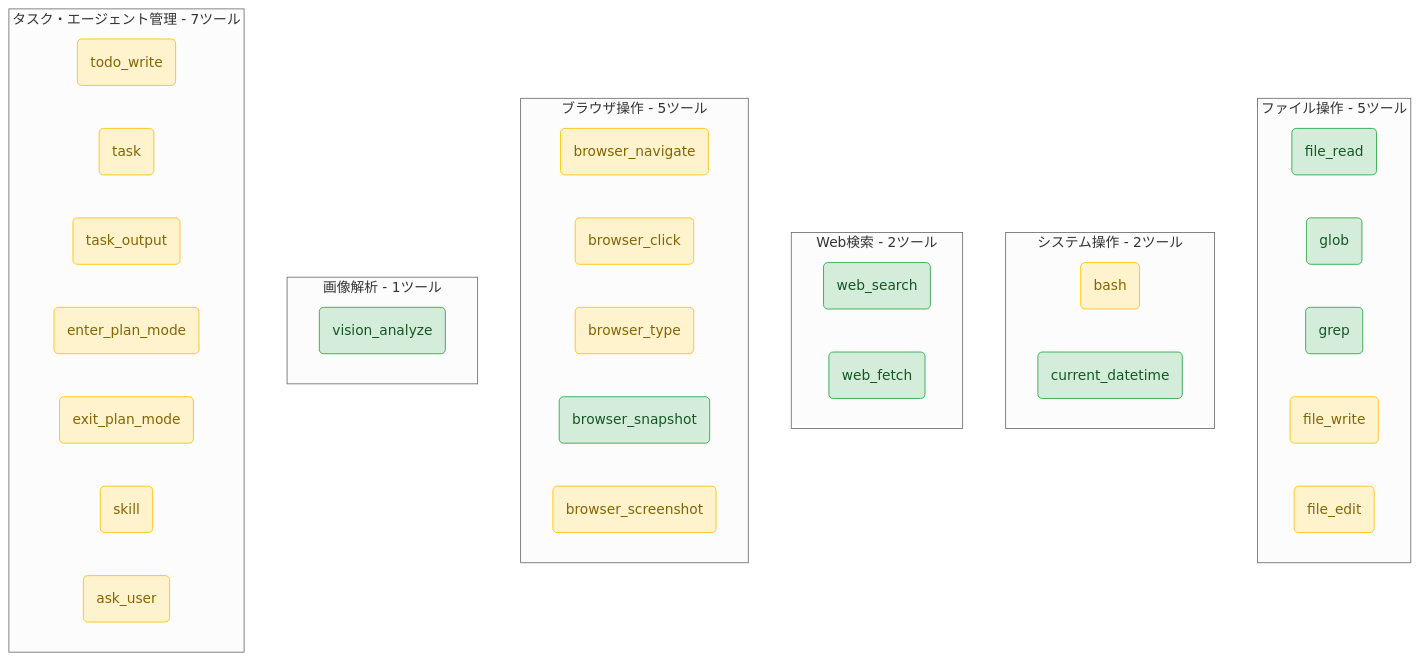
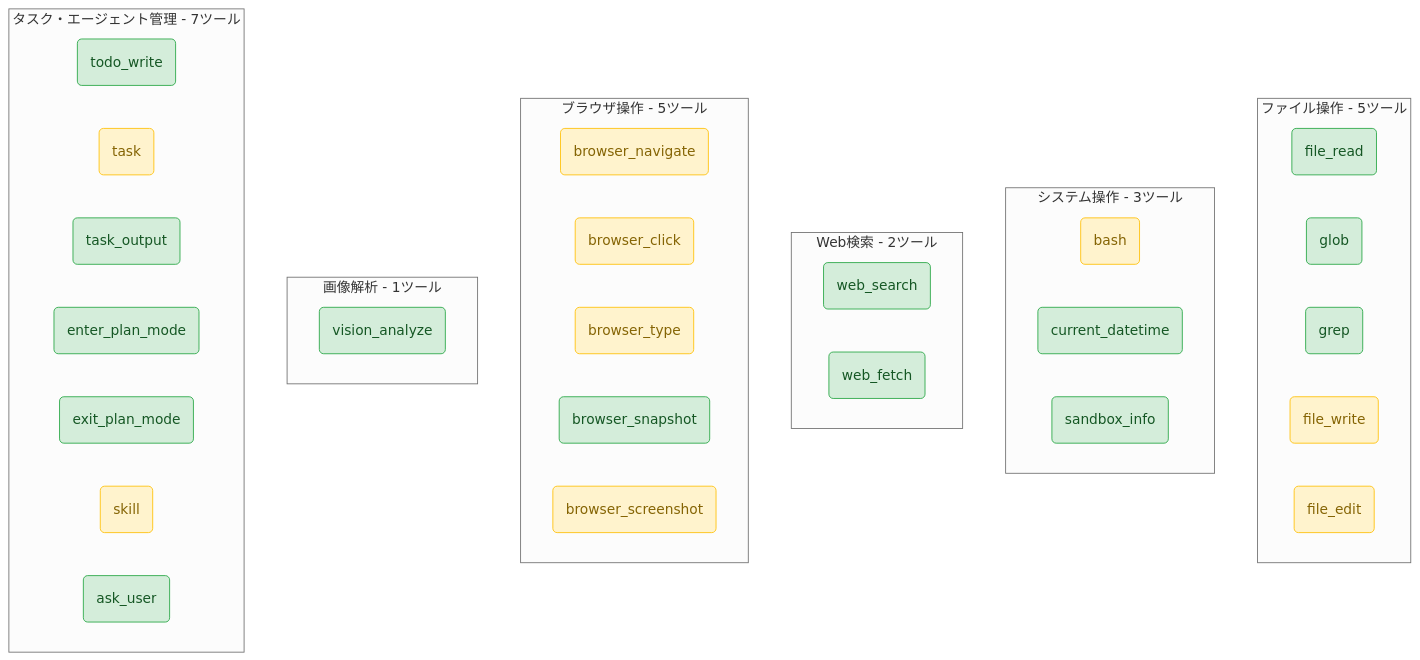
The fourth of 5 diagrams in docs/external_design.md (t2k2pp/lllmAgents), drawn with Mermaid (neutral theme) before and after one commit. The commit also changed other lines of this file and 6 other files, not shown here.

````diff
--- a/docs/external_design.md
+++ b/docs/external_design.md
@@ -177,45 +177,46 @@
 ```mermaid
 graph TD
     classDef safe fill:#d4edda,stroke:#28a745,color:#155724;
     classDef ask fill:#fff3cd,stroke:#ffc107,color:#856404;
 
     subgraph Filesystem [ファイル操作 - 5ツール]
         F1(file_read):::safe
         F2(glob):::safe
         F3(grep):::safe
         F4(file_write):::ask
         F5(file_edit):::ask
     end
 
-    subgraph System [システム操作 - 2ツール]
+    subgraph System [システム操作 - 3ツール]
         S1(bash):::ask
         S2(current_datetime):::safe
+        S3(sandbox_info):::safe
     end
 
     subgraph Web [Web検索 - 2ツール]
         W1(web_search):::safe
         W2(web_fetch):::safe
     end
 
     subgraph Browser [ブラウザ操作 - 5ツール]
         B1(browser_navigate):::ask
         B2(browser_click):::ask
         B3(browser_type):::ask
         B4(browser_snapshot):::safe
         B5(browser_screenshot):::ask
     end
 
     subgraph Vision [画像解析 - 1ツール]
         V1(vision_analyze):::safe
     end
 
     subgraph AgentTools [タスク・エージェント管理 - 7ツール]
-        A1(todo_write):::ask
+        A1(todo_write):::safe
         A2(task):::ask
-        A3(task_output):::ask
-        A4(enter_plan_mode):::ask
-        A5(exit_plan_mode):::ask
+        A3(task_output):::safe
+        A4(enter_plan_mode):::safe
+        A5(exit_plan_mode):::safe
         A6(skill):::ask
-        A7(ask_user):::ask
+        A7(ask_user):::safe
     end
 ```
````
